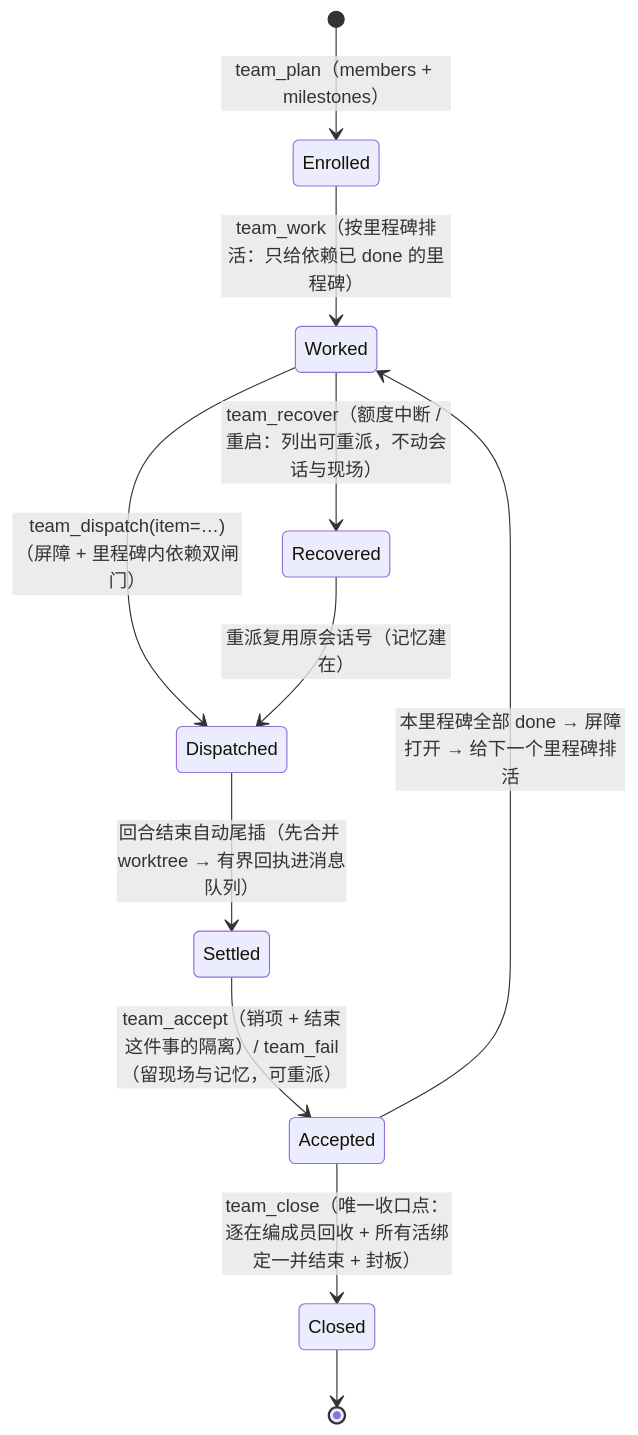
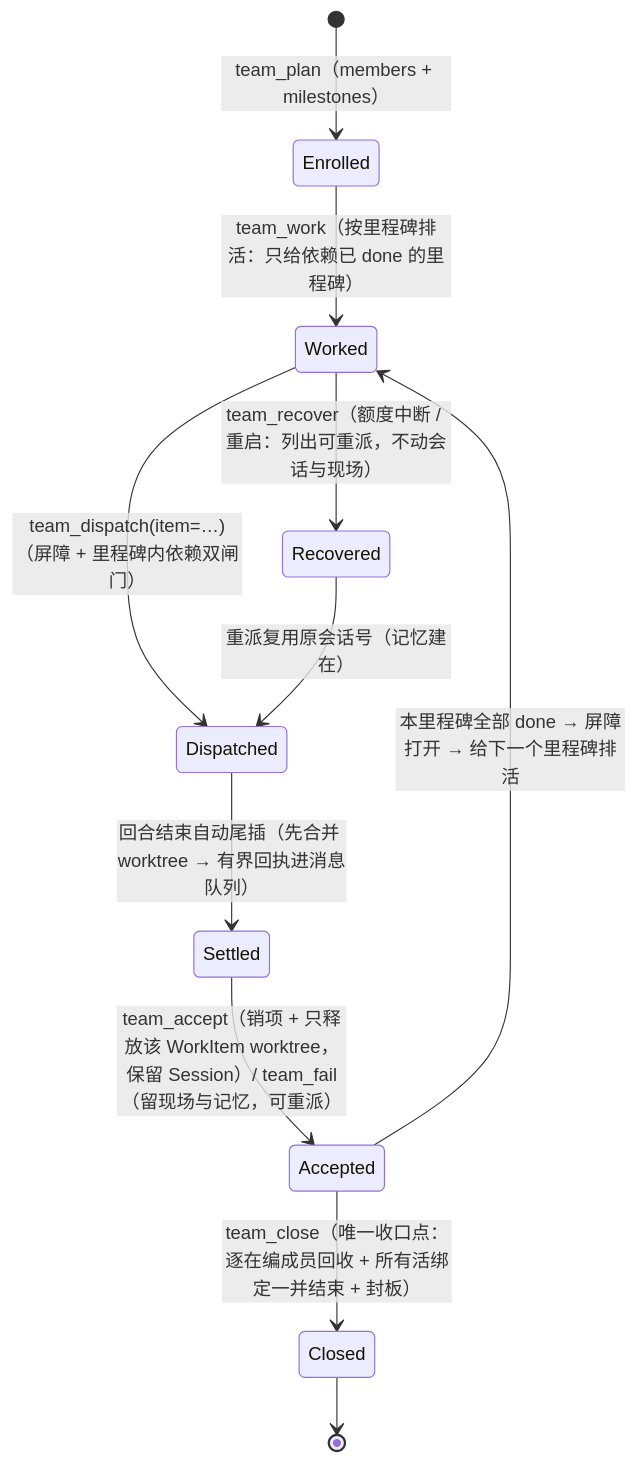
One commit to RedHuang-0622/seelex changed the second of 2 diagrams in backend/multiagent/teamwork/README.md. Above: the diagram before and after it, drawn with Mermaid. The commit also changed other lines of this file and 86 other files, not shown here.

Commit message:
feat(teamwork): unify agent sessions and harden work item lifecycle

````diff
--- a/backend/multiagent/teamwork/README.md
+++ b/backend/multiagent/teamwork/README.md
@@ -41,13 +41,13 @@
 ```mermaid
 stateDiagram-v2
     [*] --> Enrolled: team_plan（members + milestones）
     Enrolled --> Worked: team_work（按里程碑排活：只给依赖已 done 的里程碑）
     Worked --> Dispatched: team_dispatch(item=…)（屏障 + 里程碑内依赖双闸门）
     Dispatched --> Settled: 回合结束自动尾插（先合并 worktree → 有界回执进消息队列）
-    Settled --> Accepted: team_accept（销项 + 结束这件事的隔离）/ team_fail（留现场与记忆，可重派）
+    Settled --> Accepted: team_accept（销项 + 只释放该 WorkItem worktree，保留 Session）/ team_fail（留现场与记忆，可重派）
     Accepted --> Worked: 本里程碑全部 done → 屏障打开 → 给下一个里程碑排活
     Worked --> Recovered: team_recover（额度中断 / 重启：列出可重派，不动会话与现场）
     Recovered --> Dispatched: 重派复用原会话号（记忆建在）
     Accepted --> Closed: team_close（唯一收口点：逐在编成员回收 + 所有活绑定一并结束 + 封板）
     Closed --> [*]
 ```
````
